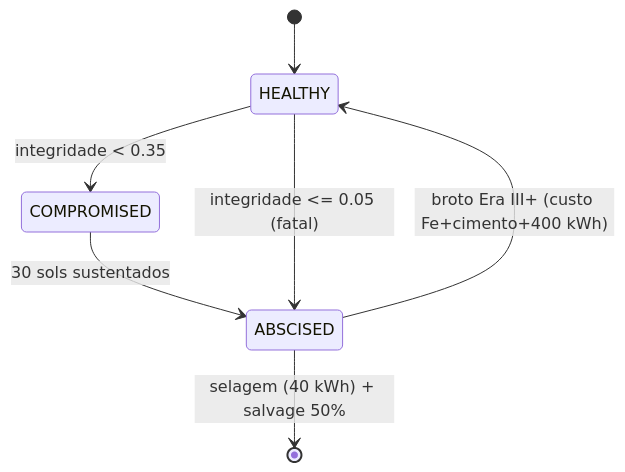
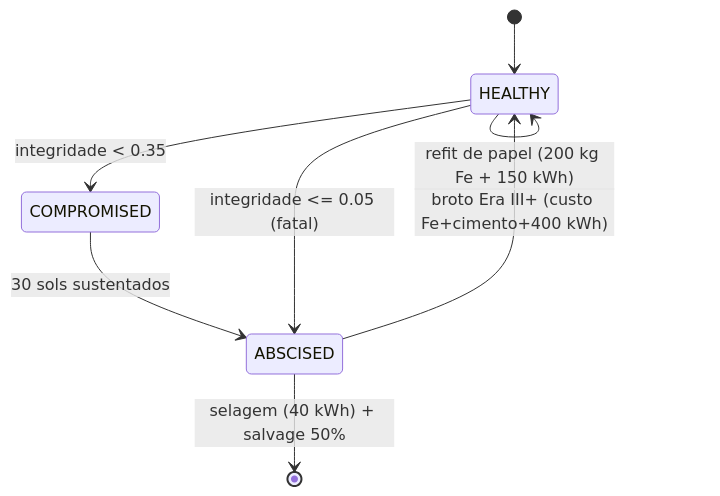
Before and after one commit to devomnimind/Doxihewu-OmniMind-MarsStation: the diagram in docs/architecture/arms-mesh.md, drawn with Mermaid. The commit also changed other lines of this file and 81 other files, not shown here.

````diff
--- a/docs/architecture/arms-mesh.md
+++ b/docs/architecture/arms-mesh.md
@@ -9,9 +18,10 @@
 ```mermaid
 stateDiagram-v2
     [*] --> HEALTHY
     HEALTHY --> COMPROMISED: integridade < 0.35
     COMPROMISED --> ABSCISED: 30 sols sustentados
     HEALTHY --> ABSCISED: integridade <= 0.05 (fatal)
     ABSCISED --> [*]: selagem (40 kWh) + salvage 50%
     ABSCISED --> HEALTHY: broto Era III+ (custo Fe+cimento+400 kWh)
+    HEALTHY --> HEALTHY: refit de papel (200 kg Fe + 150 kWh)
 ```
````
